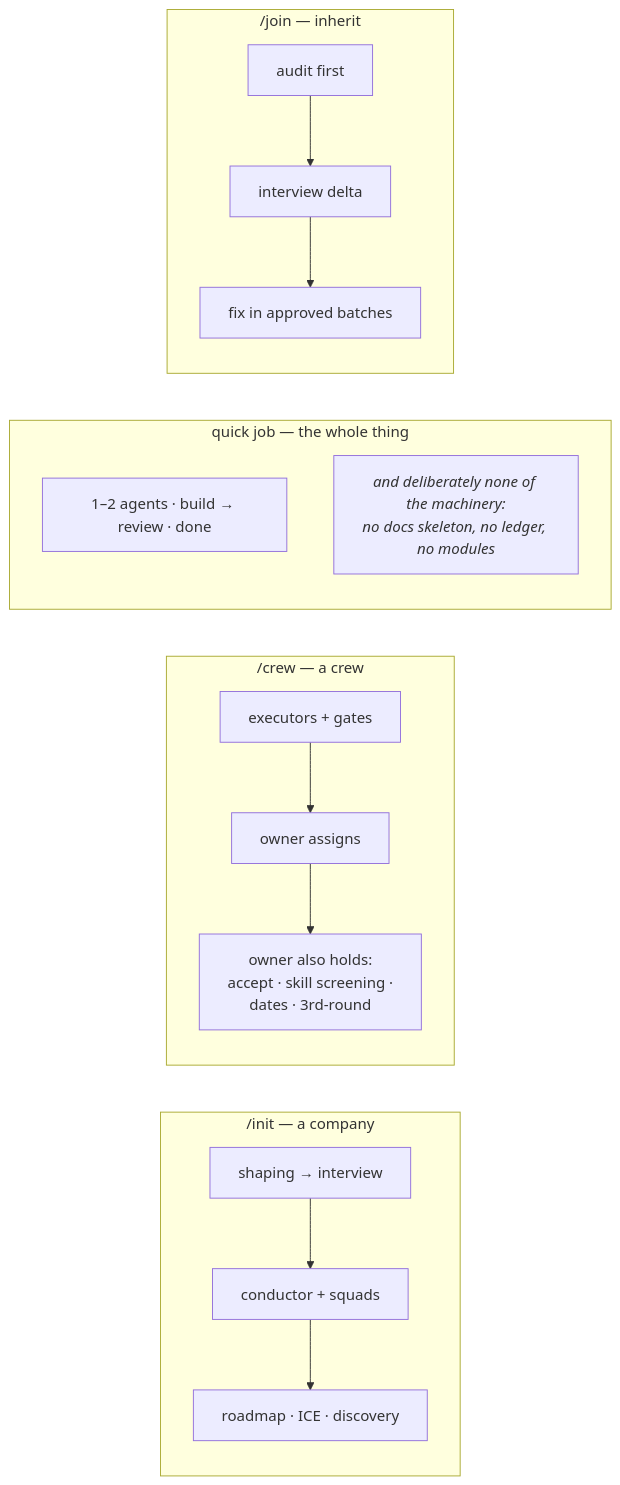
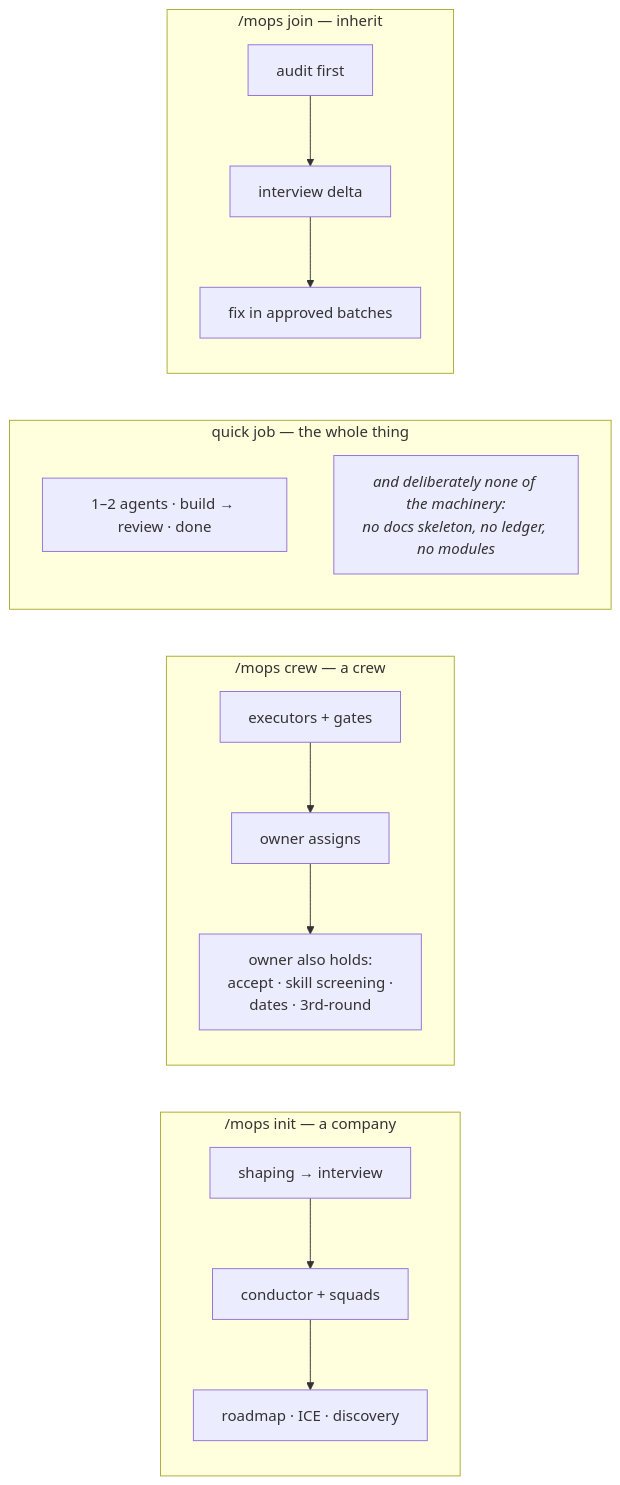
The second of 8 diagrams in WORKFLOW.md (jamillazarev/multica-ops), drawn with Mermaid before and after one commit. The commit also changed other lines of this file and 3 other files, not shown here.

First line of the commit message:
v2.3.5 — diagrams say /mops too; changelog headings are just the version

````diff
--- a/WORKFLOW.md
+++ b/WORKFLOW.md
@@ -42,16 +42,16 @@
 ```mermaid
 flowchart LR
-    subgraph INIT["/init — a company"]
+    subgraph INIT["/mops init — a company"]
         I1["shaping → interview"] --> I2["conductor + squads"] --> I3["roadmap · ICE · discovery"]
     end
-    subgraph CREW["/crew — a crew"]
+    subgraph CREW["/mops crew — a crew"]
         C1["executors + gates"] --> C2["owner assigns"] --> C3["owner also holds:<br/>accept · skill screening ·<br/>dates · 3rd-round"]
     end
     subgraph QJ["quick job — the whole thing"]
         J1["1–2 agents · build → review · done"]
         J2["<i>and deliberately none of the machinery:<br/>no docs skeleton, no ledger, no modules</i>"]
     end
-    subgraph JOIN["/join — inherit"]
+    subgraph JOIN["/mops join — inherit"]
         N1["audit first"] --> N2["interview delta"] --> N3["fix in approved batches"]
     end
 ```
````
